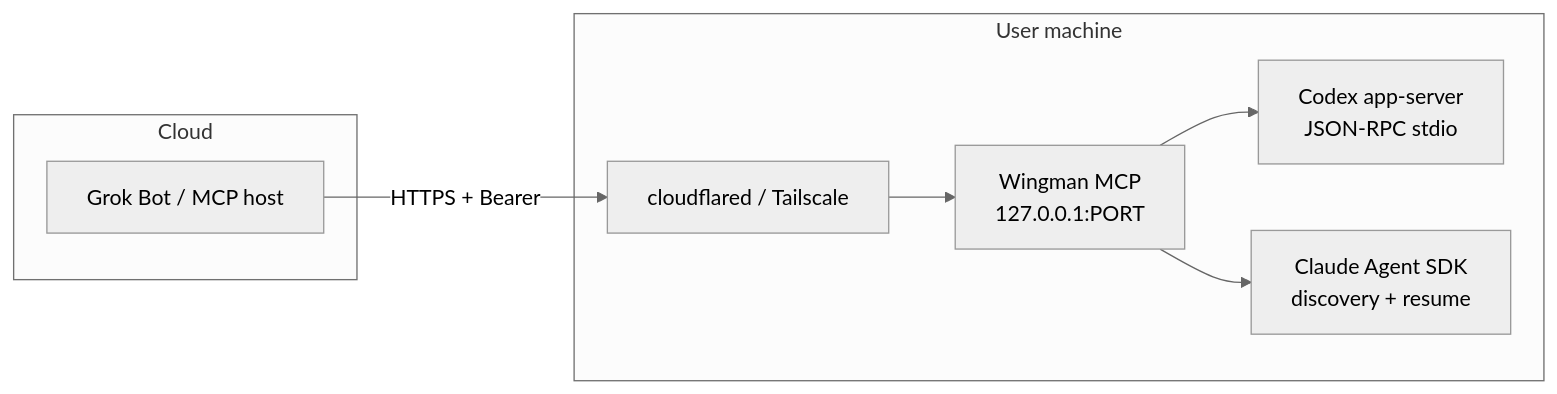
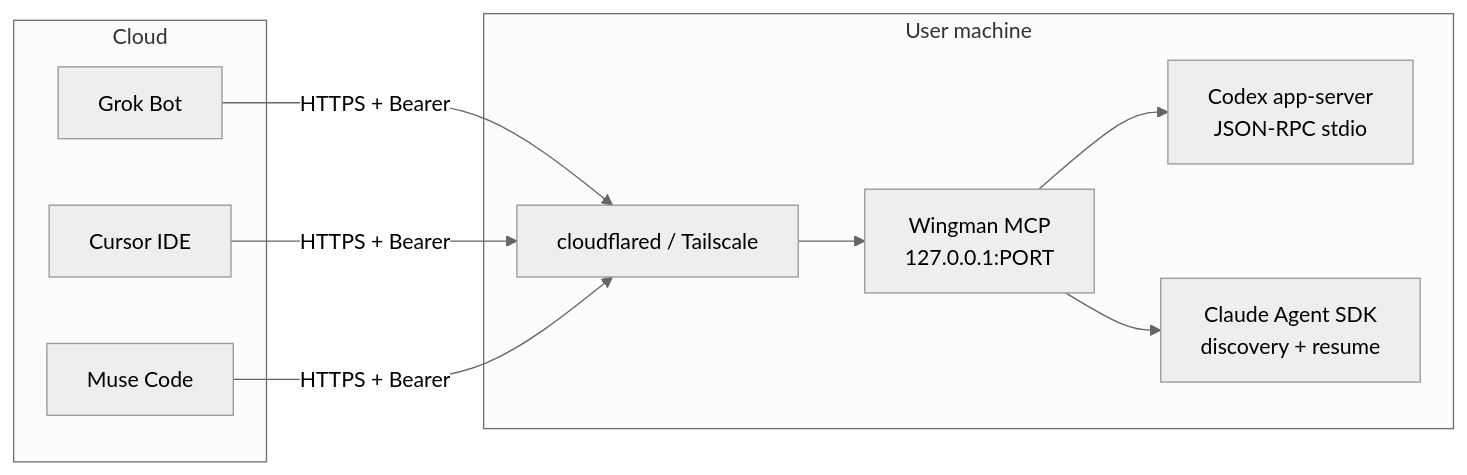
One commit to juangurdian/wingman changed the diagram in README.md. Above: the diagram before and after it, drawn with Mermaid (neutral theme). The commit also changed other lines of this file and 11 other files, not shown here.

First line of the commit message:
feat: Muse Code as MCP host and mock provider (#13)

````diff
--- a/README.md
+++ b/README.md
@@ -134,15 +135,20 @@
 ```mermaid
 flowchart LR
   subgraph cloud [Cloud]
-    Grok[Grok Bot / MCP host]
+    Grok[Grok Bot]
+    Cursor[Cursor IDE]
+    Muse[Muse Code]
   end
   subgraph user [User machine]
     Tunnel[cloudflared / Tailscale]
     Bridge[Wingman MCP\n127.0.0.1:PORT]
     Codex[Codex app-server\nJSON-RPC stdio]
     Claude[Claude Agent SDK\ndiscovery + resume]
   end
-  Grok -->|HTTPS + Bearer| Tunnel --> Bridge
+  Grok -->|HTTPS + Bearer| Tunnel
+  Cursor -->|HTTPS + Bearer| Tunnel
+  Muse -->|HTTPS + Bearer| Tunnel
+  Tunnel --> Bridge
   Bridge --> Codex
   Bridge --> Claude
 ```
````
